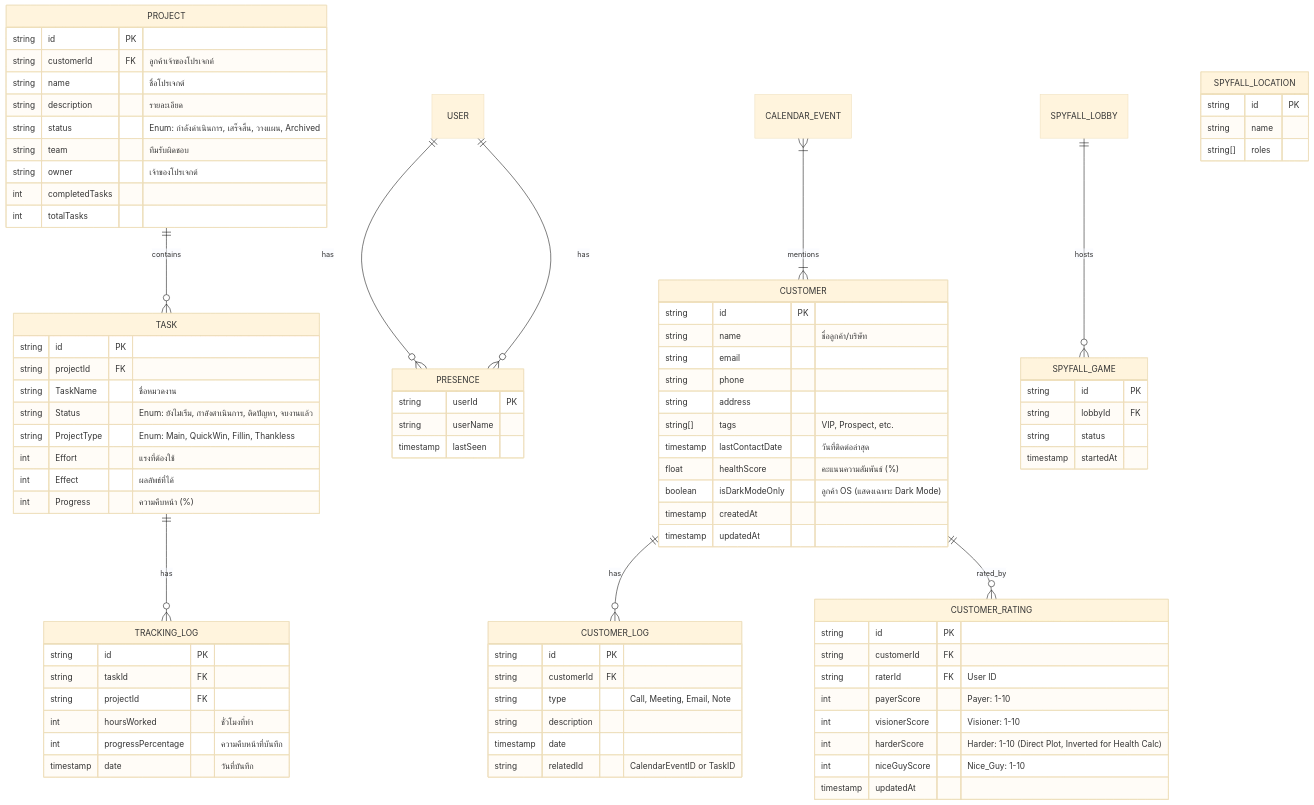
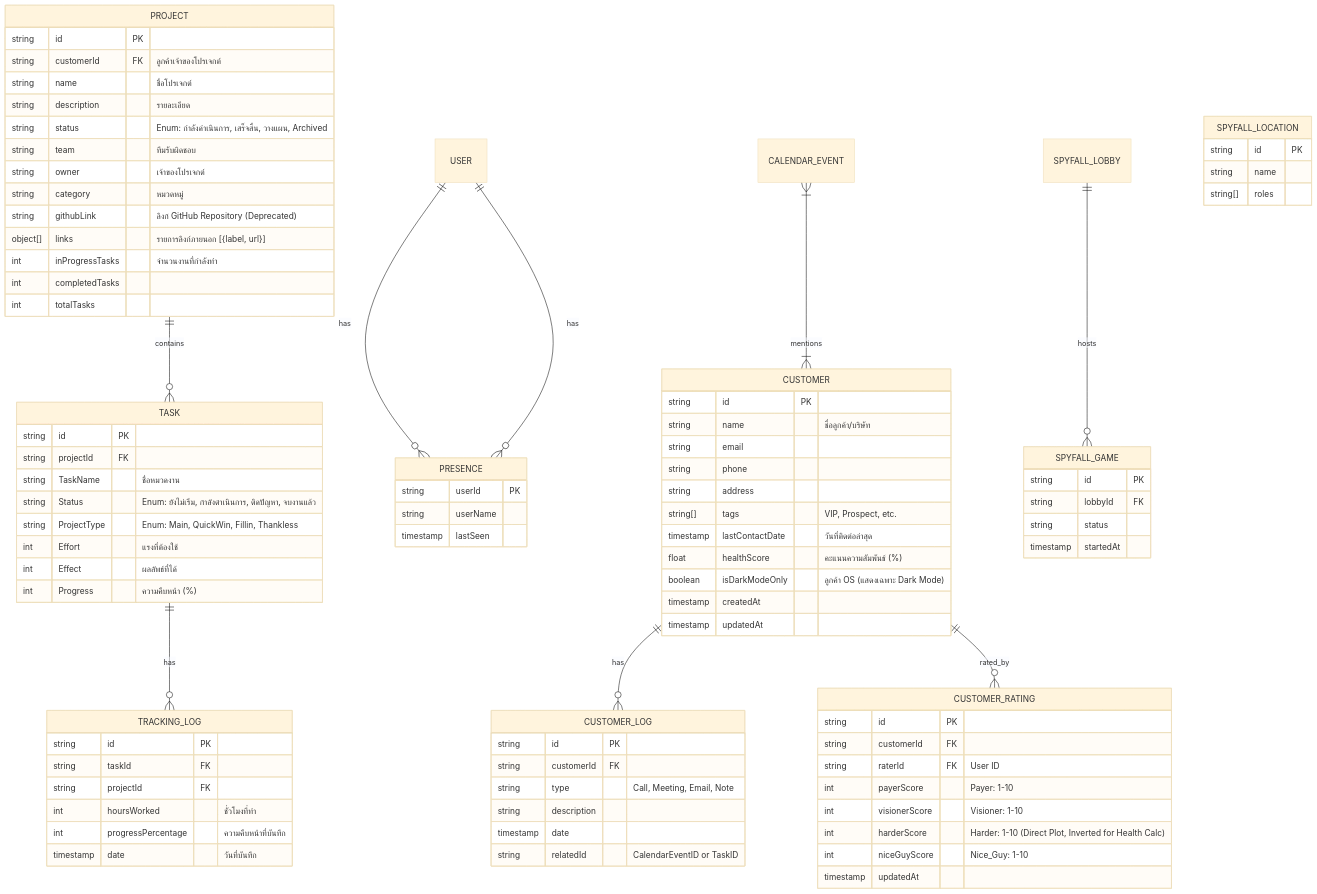
One commit to BBB-B12B/ProjectFlow changed the first of 3 diagrams in Spec_Kit/spec_project_detail/spec.md. Above: the diagram before and after it, drawn with Mermaid (base theme). The commit also changed other lines of this file and 56 other files, not shown here.

```diff
--- a/Spec_Kit/spec_project_detail/spec.md
+++ b/Spec_Kit/spec_project_detail/spec.md
@@ -185,6 +230,10 @@
         string status "Enum: กำลังดำเนินการ, เสร็จสิ้น, วางแผน, Archived"
         string team "ทีมรับผิดชอบ"
         string owner "เจ้าของโปรเจกต์"
+        string category "หมวดหมู่"
+        string githubLink "ลิงก์ GitHub Repository (Deprecated)"
+        object[] links "รายการลิงก์ภายนอก [{label, url}]"
+        int inProgressTasks "จำนวนงานที่กำลังทำ"
         int completedTasks
         int totalTasks
     }
```
